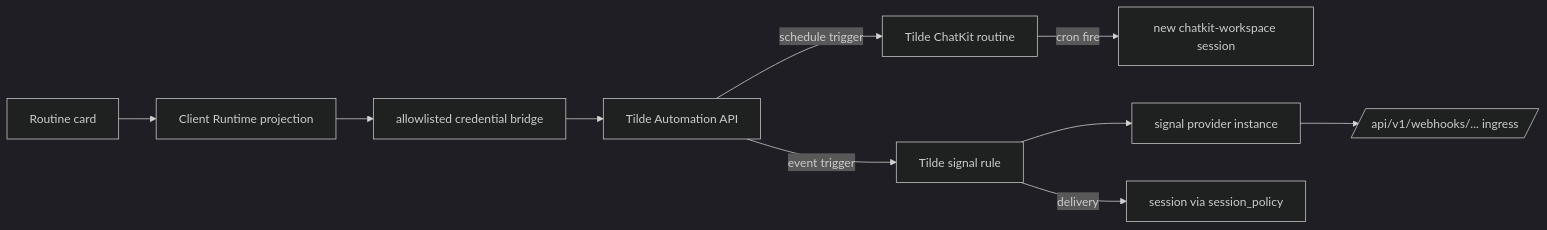
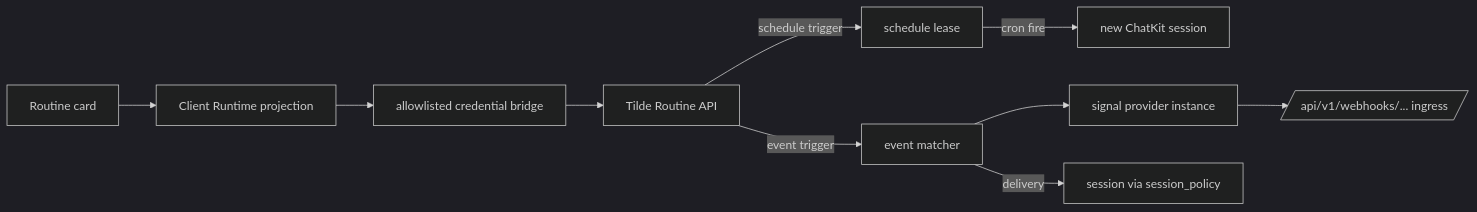
Before and after one commit to trytilde/dispatch: the diagram in docs/adrs/0031-routines-and-signals.md, drawn with Mermaid (dark theme). The commit also changed other lines of this file and 13 other files, not shown here.

````diff
--- a/docs/adrs/0031-routines-and-signals.md
+++ b/docs/adrs/0031-routines-and-signals.md
@@ -34,12 +32,12 @@
 ```mermaid
 flowchart LR
     UI[Routine card] --> CR[Client Runtime projection]
     CR --> B[allowlisted credential bridge]
-    B --> A[Tilde Automation API]
-    A -->|schedule trigger| R[Tilde ChatKit routine]
-    A -->|event trigger| SR[Tilde signal rule]
-    SR --> SPI[signal provider instance]
+    B --> A[Tilde Routine API]
+    A -->|schedule trigger| R[schedule lease]
+    A -->|event trigger| E[event matcher]
+    E --> SPI[signal provider instance]
     SPI --> WH[/api/v1/webhooks/... ingress/]
-    R -->|cron fire| S1[new chatkit-workspace session]
-    SR -->|delivery| S2[session via session_policy]
+    R -->|cron fire| S1[new ChatKit session]
+    E -->|delivery| S2[session via session_policy]
 ```
````
